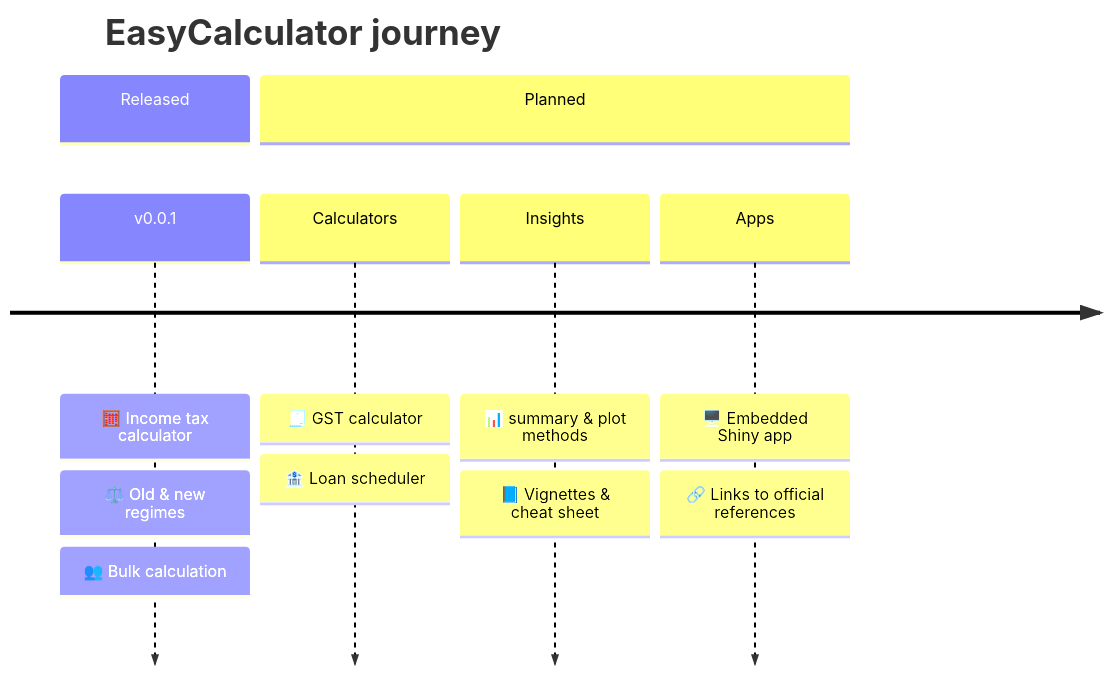
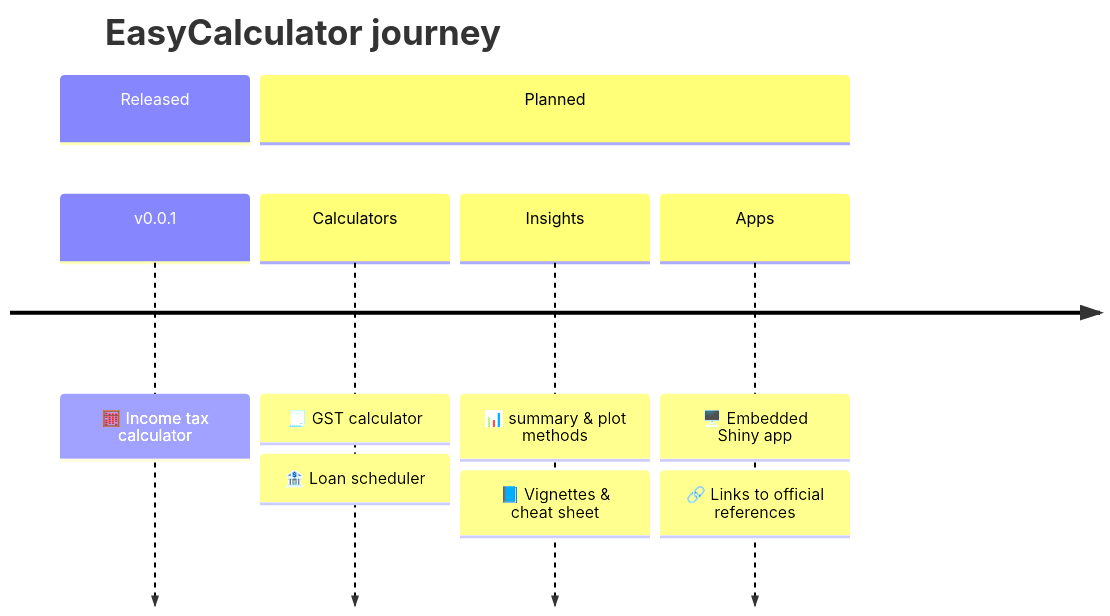
One commit to Poduval/EasyCalculator changed the third of 3 diagrams in README.md. Above: the diagram before and after it, drawn with Mermaid. The commit also changed other lines of this file and 2 other files, not shown here.

````diff
--- a/README.md
+++ b/README.md
@@ -214,10 +228,10 @@
 ```mermaid
 timeline
     title EasyCalculator journey
     section Released
-        v0.0.1 : 🧮 Income tax calculator : ⚖️ Old & new regimes : 👥 Bulk calculation
+        v0.0.1 : 🧮 Income tax calculator
     section Planned
         Calculators : 🧾 GST calculator : 🏦 Loan scheduler
         Insights : 📊 summary & plot methods : 📘 Vignettes & cheat sheet
         Apps : 🖥️ Embedded Shiny app : 🔗 Links to official references
 ```
````
